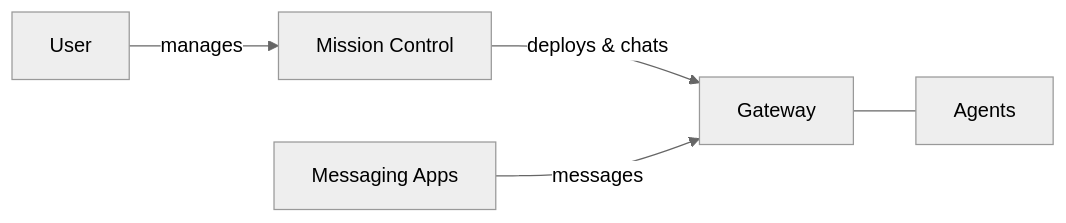
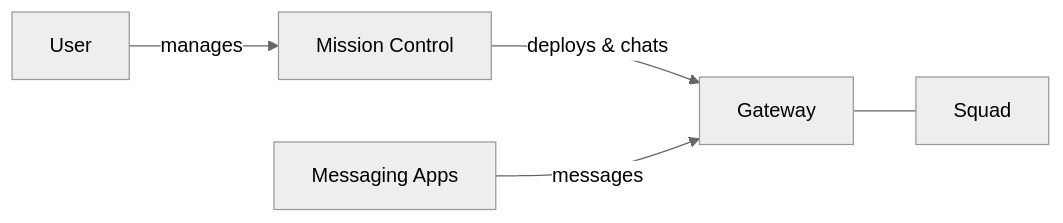
One commit to volumegambit/Dash changed the diagram in docs/how-dash-works.mdx. Above: the diagram before and after it, drawn with Mermaid (neutral theme). The commit also changed other lines of this file and 64 other files, not shown here.

First line of the commit message:
Rename 'Agents' to 'Squad' across all interfaces

````diff
--- a/docs/how-dash-works.mdx
+++ b/docs/how-dash-works.mdx
@@ -14,7 +14,7 @@
 ```mermaid
 graph LR
     User -->|manages| MC[Mission Control]
     MC -->|deploys & chats| GW[Gateway]
-    GW --- A1[Agents]
+    GW --- A1[Squad]
     MA[Messaging Apps] -->|messages| GW
 ```
````
